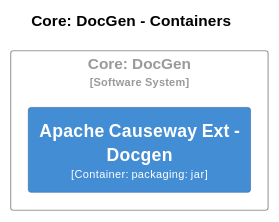
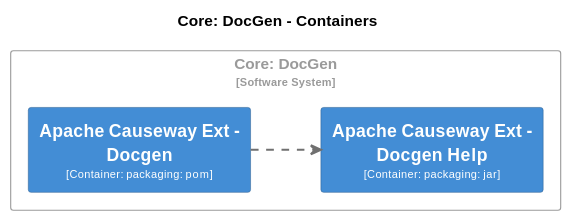
Before and after one commit to apache/causeway: diagram 24 of 33 in core/adoc/modules/_overview/pages/about.adoc, drawn with PlantUML. The commit also changed other lines of this file and 58 other files, not shown here.

```diff
--- a/core/adoc/modules/_overview/pages/about.adoc
+++ b/core/adoc/modules/_overview/pages/about.adoc
@@ -5241,35 +5286,43 @@
 [plantuml,Core~ DocGen,svg]
 ----
 @startuml
 set separator none
 title Core: DocGen - Containers
 
 left to right direction
 
 skinparam {
   arrowFontSize 10
   defaultTextAlignment center
   wrapWidth 200
   maxMessageSize 100
 }
 
 hide stereotype
 
 skinparam rectangle<<CoreDocGen.ApacheCausewayExtDocgen>> {
   BackgroundColor #438dd5
   FontColor #fffffe
   BorderColor #2e6295
   shadowing false
 }
+skinparam rectangle<<CoreDocGen.ApacheCausewayExtDocgenHelp>> {
+  BackgroundColor #438dd5
+  FontColor #fffffe
+  BorderColor #2e6295
+  shadowing false
+}
 skinparam rectangle<<CoreDocGen>> {
   BorderColor #9a9a9a
   FontColor #9a9a9a
   shadowing false
 }
 
 rectangle "Core: DocGen\n<size:10>[Software System]</size>" <<CoreDocGen>> {
-  rectangle "==Apache Causeway Ext - Docgen\n<size:10>[Container: packaging: jar]</size>" <<CoreDocGen.ApacheCausewayExtDocgen>> as CoreDocGen.ApacheCausewayExtDocgen
+  rectangle "==Apache Causeway Ext - Docgen\n<size:10>[Container: packaging: pom]</size>" <<CoreDocGen.ApacheCausewayExtDocgen>> as CoreDocGen.ApacheCausewayExtDocgen
+  rectangle "==Apache Causeway Ext - Docgen Help\n<size:10>[Container: packaging: jar]</size>" <<CoreDocGen.ApacheCausewayExtDocgenHelp>> as CoreDocGen.ApacheCausewayExtDocgenHelp
 }
 
+CoreDocGen.ApacheCausewayExtDocgen .[#707070,thickness=2].> CoreDocGen.ApacheCausewayExtDocgenHelp : "<color:#707070>"
 @enduml
 ----
```
